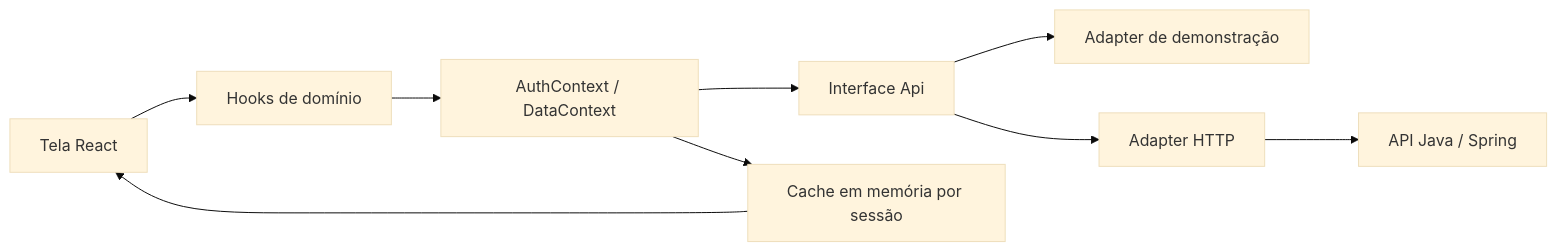
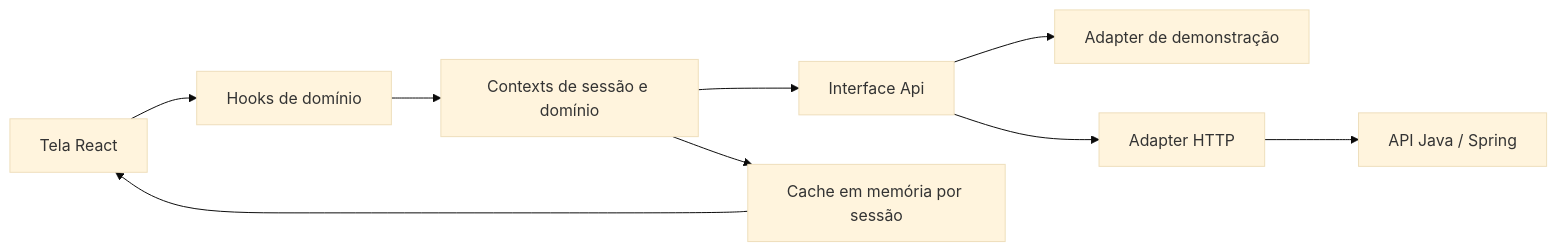
Before and after one commit to NickDev-4/saneamento-santos: the diagram in docs/FLUXO_DADOS_FRONTEND.md, drawn with Mermaid (base theme). The commit also changed other lines of this file and 226 other files, not shown here.

````diff
--- a/docs/FLUXO_DADOS_FRONTEND.md
+++ b/docs/FLUXO_DADOS_FRONTEND.md
@@ -7,11 +7,11 @@
 ```mermaid
 flowchart LR
     Tela[Tela React] --> Hook[Hooks de domínio]
-    Hook --> Context[AuthContext / DataContext]
+    Hook --> Context[Contexts de sessão e domínio]
     Context --> Contrato[Interface Api]
     Contrato --> Demo[Adapter de demonstração]
     Contrato --> HTTP[Adapter HTTP]
     HTTP --> Java[API Java / Spring]
     Context --> Cache[Cache em memória por sessão]
     Cache --> Tela
 ```
````
